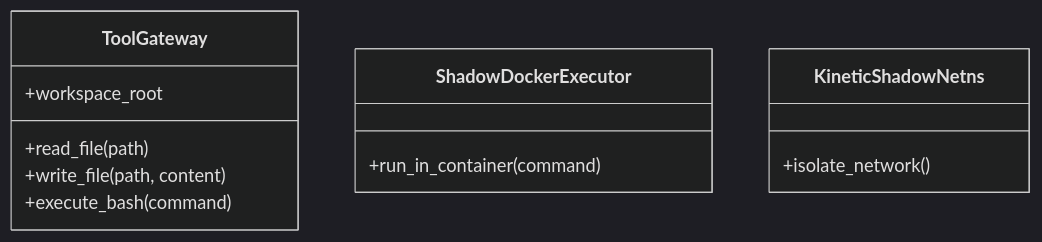
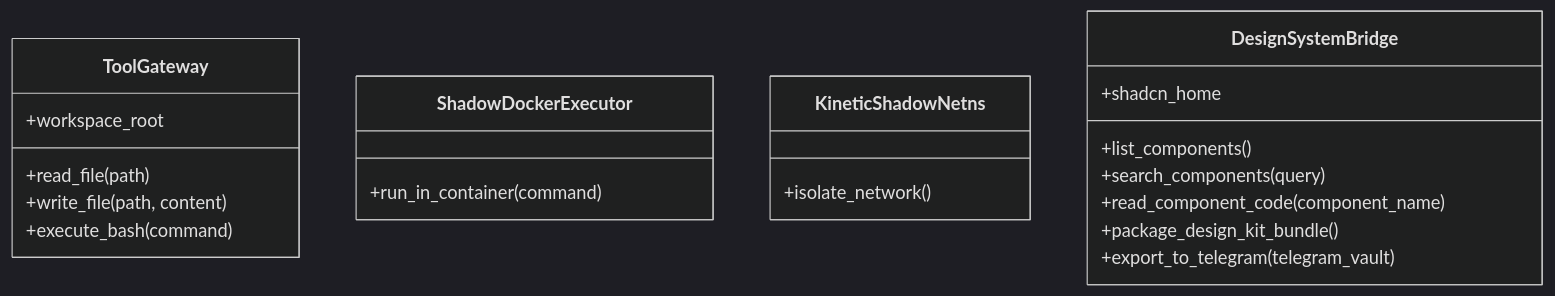
One commit to SAGBO4/FreeAi changed the diagram in docs/architecture/tools/classes.md. Above: the diagram before and after it, drawn with Mermaid (dark theme). The commit also changed 5 other files, not shown here.

Commit message:
feat(design-cyber): integrate local shadcn/ui 61+ components, ai-elements, universal skills matrix, and dual-cloud sync to Telegram & Neon

````diff
--- a/docs/architecture/tools/classes.md
+++ b/docs/architecture/tools/classes.md
@@ -3,16 +3,24 @@
 ```mermaid
 classDiagram
 %% source: app/tools
 class ToolGateway {
   +workspace_root
   +read_file(path)
   +write_file(path, content)
   +execute_bash(command)
 }
 class ShadowDockerExecutor {
   +run_in_container(command)
 }
 class KineticShadowNetns {
   +isolate_network()
 }
+class DesignSystemBridge {
+  +shadcn_home
+  +list_components()
+  +search_components(query)
+  +read_component_code(component_name)
+  +package_design_kit_bundle()
+  +export_to_telegram(telegram_vault)
+}
 ```
````
